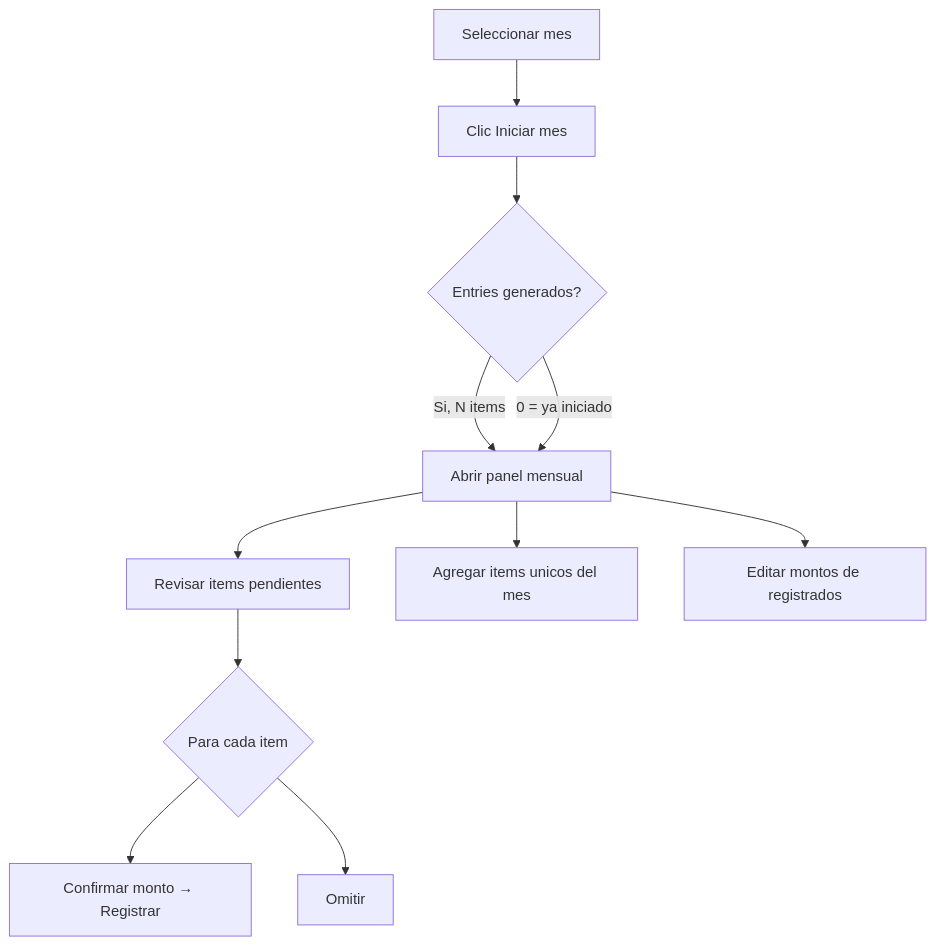
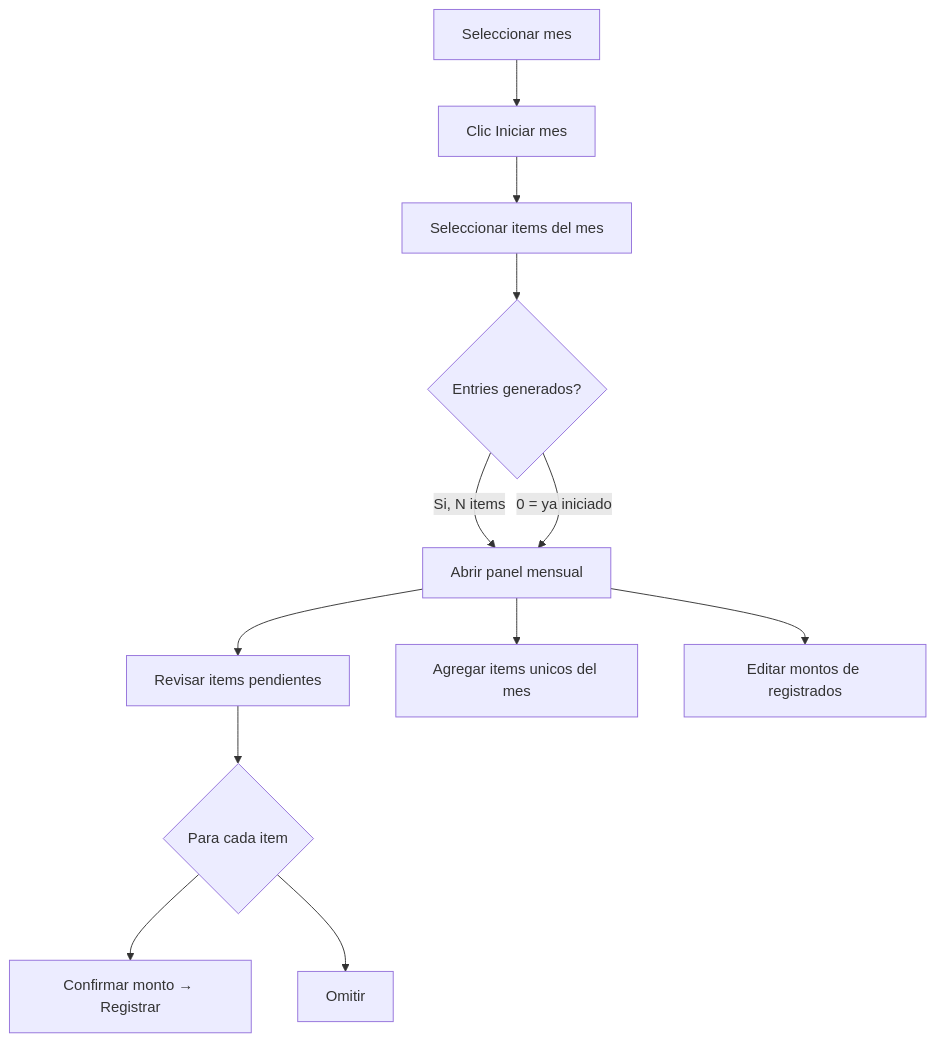
The fourth of 5 diagrams in docs/finance-module.md (walosapp/commerce_app), drawn with Mermaid before and after one commit. The commit also changed other lines of this file and 18 other files, not shown here.

````diff
--- a/docs/finance-module.md
+++ b/docs/finance-module.md
@@ -682,13 +688,14 @@
 ```mermaid
 flowchart TD
     A[Seleccionar mes] --> B[Clic Iniciar mes]
-    B --> C{Entries generados?}
-    C -->|Si, N items| D[Abrir panel mensual]
-    C -->|0 = ya iniciado| D
-    D --> E[Revisar items pendientes]
-    E --> F{Para cada item}
-    F --> G[Confirmar monto → Registrar]
-    F --> H[Omitir]
-    D --> I[Agregar items unicos del mes]
-    D --> J[Editar montos de registrados]
+    B --> C[Seleccionar items del mes]
+    C --> D{Entries generados?}
+    D -->|Si, N items| E[Abrir panel mensual]
+    D -->|0 = ya iniciado| E
+    E --> F[Revisar items pendientes]
+    F --> G{Para cada item}
+    G --> H[Confirmar monto → Registrar]
+    G --> I[Omitir]
+    E --> J[Agregar items unicos del mes]
+    E --> K[Editar montos de registrados]
 ```
````
